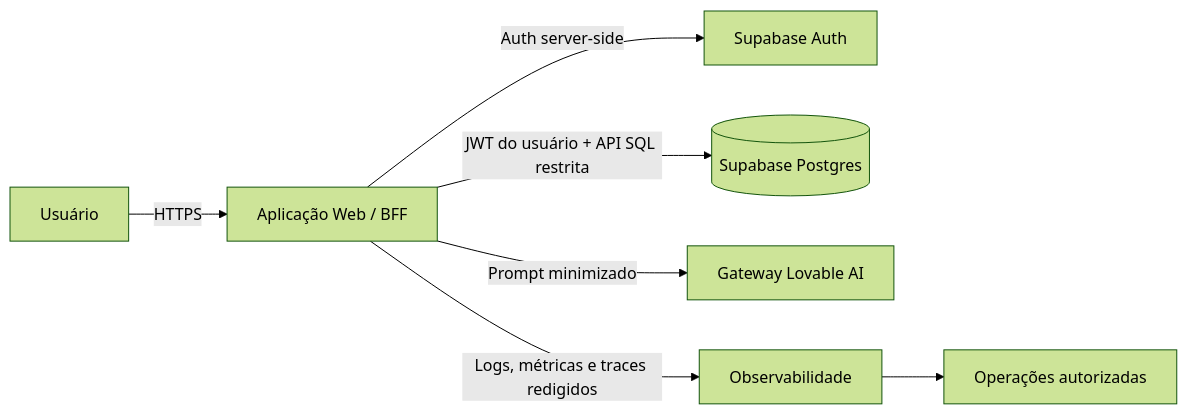
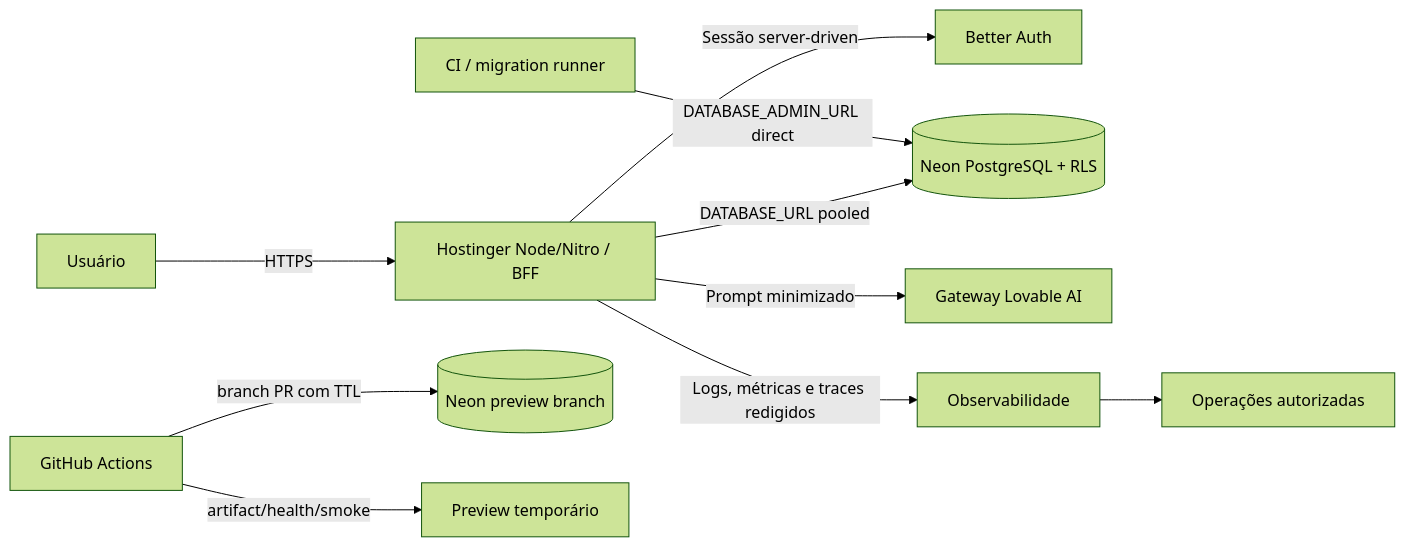
Before and after one commit to Douglas0101/preco-que-da-lucro: the first of 4 diagrams in SDD.md, drawn with Mermaid (forest theme). The commit also changed other lines of this file, not shown here.

````diff
--- a/SDD.md
+++ b/SDD.md
@@ -200,9 +228,12 @@
 ```mermaid
 flowchart LR
-  U[Usuário] -->|HTTPS| W[Aplicação Web / BFF]
-  W -->|Auth server-side| A[Supabase Auth]
-  W -->|JWT do usuário + API SQL restrita| D[(Supabase Postgres)]
+  U[Usuário] -->|HTTPS| W[Hostinger Node/Nitro / BFF]
+  W -->|Sessão server-driven| A[Better Auth]
+  W -->|DATABASE_URL pooled| D[(Neon PostgreSQL + RLS)]
+  M[CI / migration runner] -->|DATABASE_ADMIN_URL direct| D
+  G[GitHub Actions] -->|branch PR com TTL| P[(Neon preview branch)]
   W -->|Prompt minimizado| L[Gateway Lovable AI]
   W -->|Logs, métricas e traces redigidos| O[Observabilidade]
   O --> OP[Operações autorizadas]
+  G -->|artifact/health/smoke| H[Preview temporário]
 ```
````
